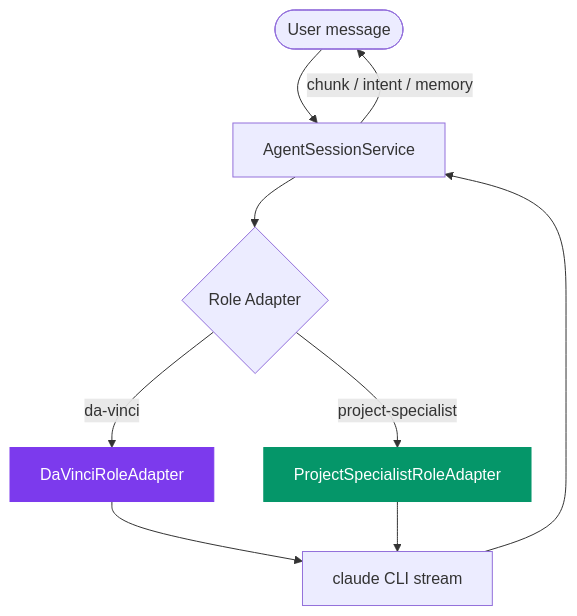
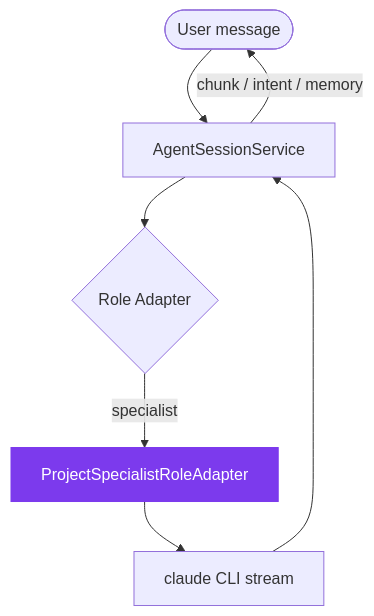
The third of 4 diagrams in README.md (unosquare-eduardotorres/CodeAtelier), drawn with Mermaid before and after one commit. The commit also changed other lines of this file and 306 other files, not shown here.

````diff
--- a/README.md
+++ b/README.md
@@ -141,14 +141,11 @@
 ```mermaid
 flowchart TD
     U([User message]) --> S[AgentSessionService]
     S --> A{Role Adapter}
-    A -->|da-vinci| D[DaVinciRoleAdapter]
-    A -->|project-specialist| P[ProjectSpecialistRoleAdapter]
-    D --> Q[claude CLI stream]
-    P --> Q
+    A -->|specialist| P[ProjectSpecialistRoleAdapter]
+    P --> Q[claude CLI stream]
     Q --> S
     S -->|chunk / intent / memory| U
 
-    style D fill:#7c3aed,color:#fff,stroke:#7c3aed
-    style P fill:#059669,color:#fff,stroke:#059669
+    style P fill:#7c3aed,color:#fff,stroke:#7c3aed
 ```
````
